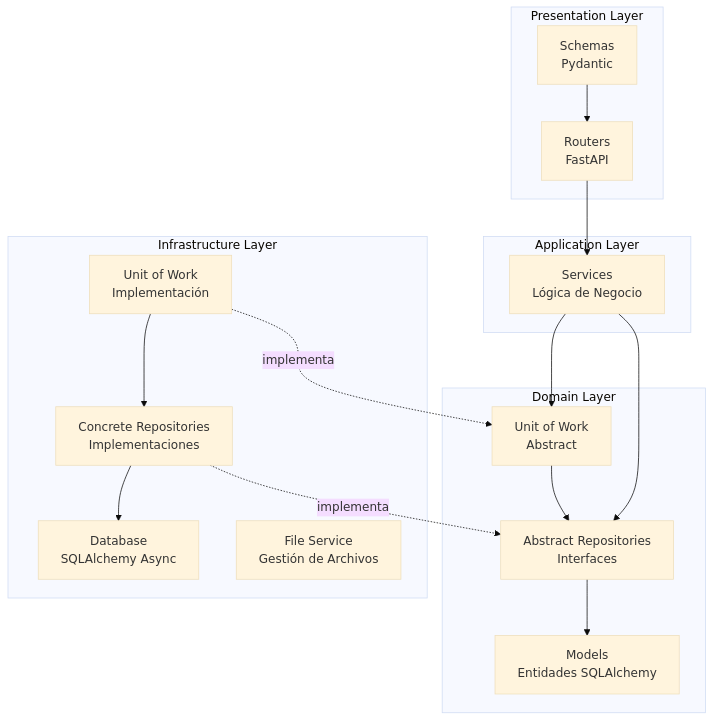
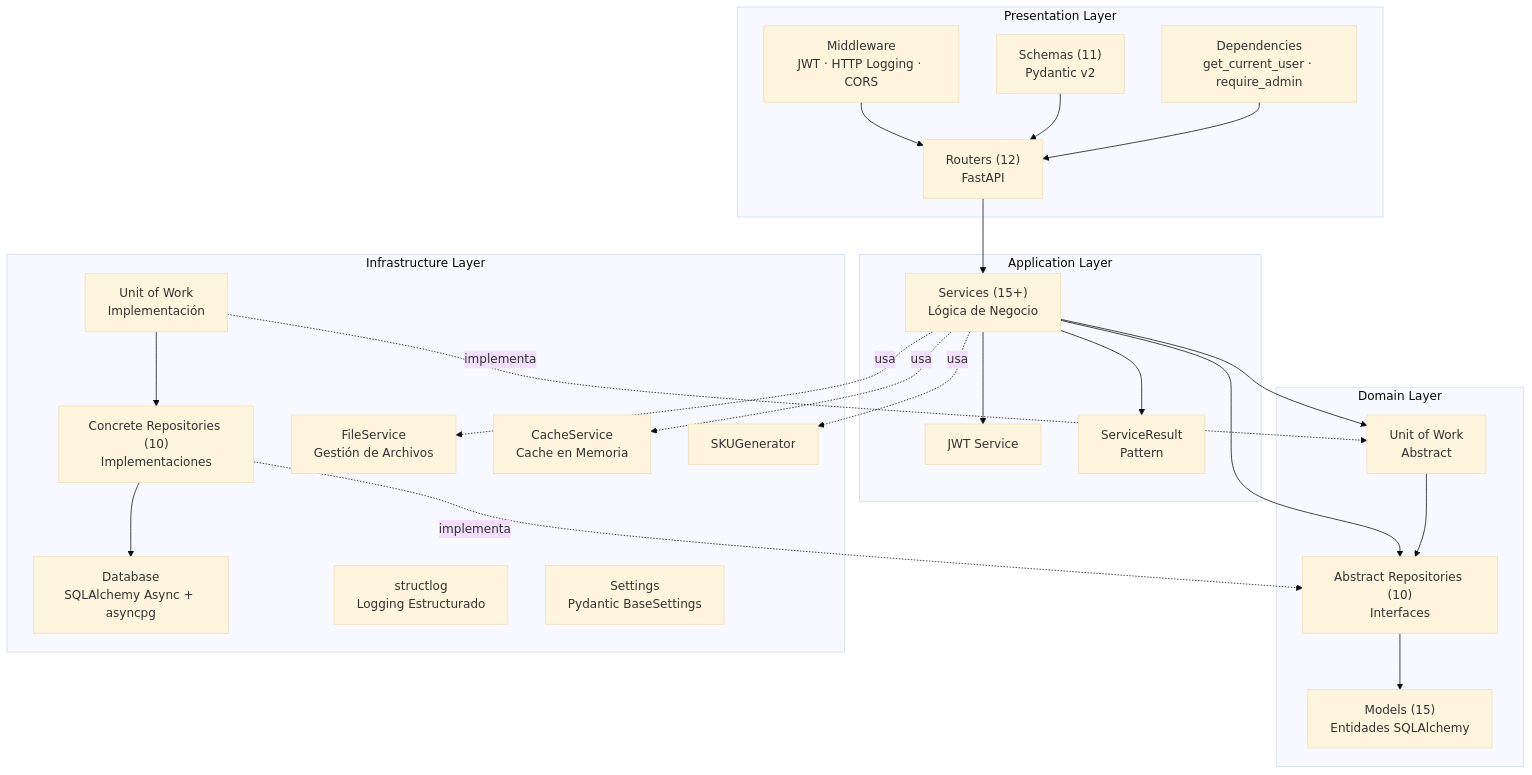
Before and after one commit to facundosofo/PizzaFiori: the second of 4 diagrams in docs/ARQUITECTURA.md, drawn with Mermaid (base theme). The commit also changed other lines of this file and 2 other files, not shown here.

````diff
--- a/docs/ARQUITECTURA.md
+++ b/docs/ARQUITECTURA.md
@@ -43,35 +80,50 @@
 ```mermaid
 graph TB
     subgraph Presentation["Presentation Layer"]
-        Routers["Routers<br/>FastAPI"]
-        Schemas["Schemas<br/>Pydantic"]
+        Routers["Routers (12)<br/>FastAPI"]
+        Schemas["Schemas (11)<br/>Pydantic v2"]
+        Middleware["Middleware<br/>JWT · HTTP Logging · CORS"]
+        Deps["Dependencies<br/>get_current_user · require_admin"]
     end
-    
+
     subgraph Application["Application Layer"]
-        Services["Services<br/>Lógica de Negocio"]
+        Services["Services (15+)<br/>Lógica de Negocio"]
+        JWTSvc["JWT Service"]
+        Result["ServiceResult<br/>Pattern"]
     end
-    
+
     subgraph Domain["Domain Layer"]
-        Models["Models<br/>Entidades SQLAlchemy"]
-        AbstractRepos["Abstract Repositories<br/>Interfaces"]
+        Models["Models (15)<br/>Entidades SQLAlchemy"]
+        AbstractRepos["Abstract Repositories (10)<br/>Interfaces"]
         UoW["Unit of Work<br/>Abstract"]
     end
-    
+
     subgraph Infrastructure["Infrastructure Layer"]
-        Database["Database<br/>SQLAlchemy Async"]
-        ConcreteRepos["Concrete Repositories<br/>Implementaciones"]
-        FileService["File Service<br/>Gestión de Archivos"]
+        Database["Database<br/>SQLAlchemy Async + asyncpg"]
+        ConcreteRepos["Concrete Repositories (10)<br/>Implementaciones"]
+        FileService["FileService<br/>Gestión de Archivos"]
+        CacheSvc["CacheService<br/>Cache en Memoria"]
         UoWImpl["Unit of Work<br/>Implementación"]
+        SKU["SKUGenerator"]
+        Logging["structlog<br/>Logging Estructurado"]
+        Config["Settings<br/>Pydantic BaseSettings"]
     end
-    
+
+    Middleware --> Routers
     Routers --> Services
     Schemas --> Routers
+    Deps --> Routers
     Services --> UoW
+    Services --> JWTSvc
+    Services --> Result
     Services --> AbstractRepos
     AbstractRepos --> Models
     UoW --> AbstractRepos
     ConcreteRepos --> Database
     UoWImpl --> ConcreteRepos
     UoWImpl -.implementa.-> UoW
     ConcreteRepos -.implementa.-> AbstractRepos
+    Services -.usa.-> CacheSvc
+    Services -.usa.-> FileService
+    Services -.usa.-> SKU
 ```
````
